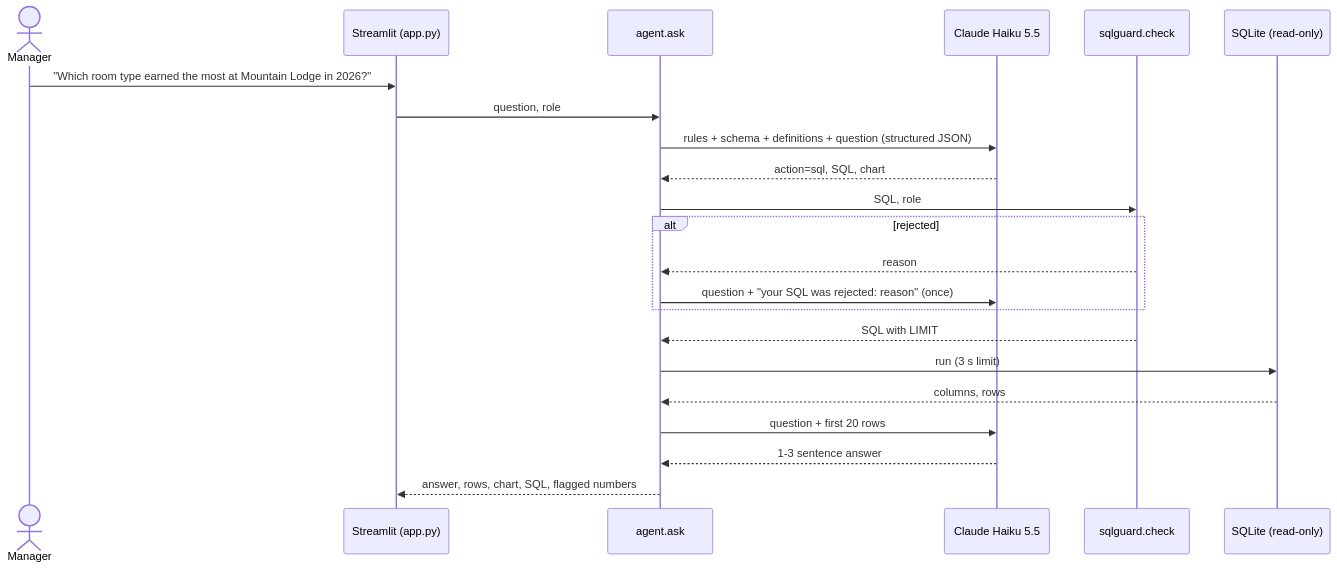
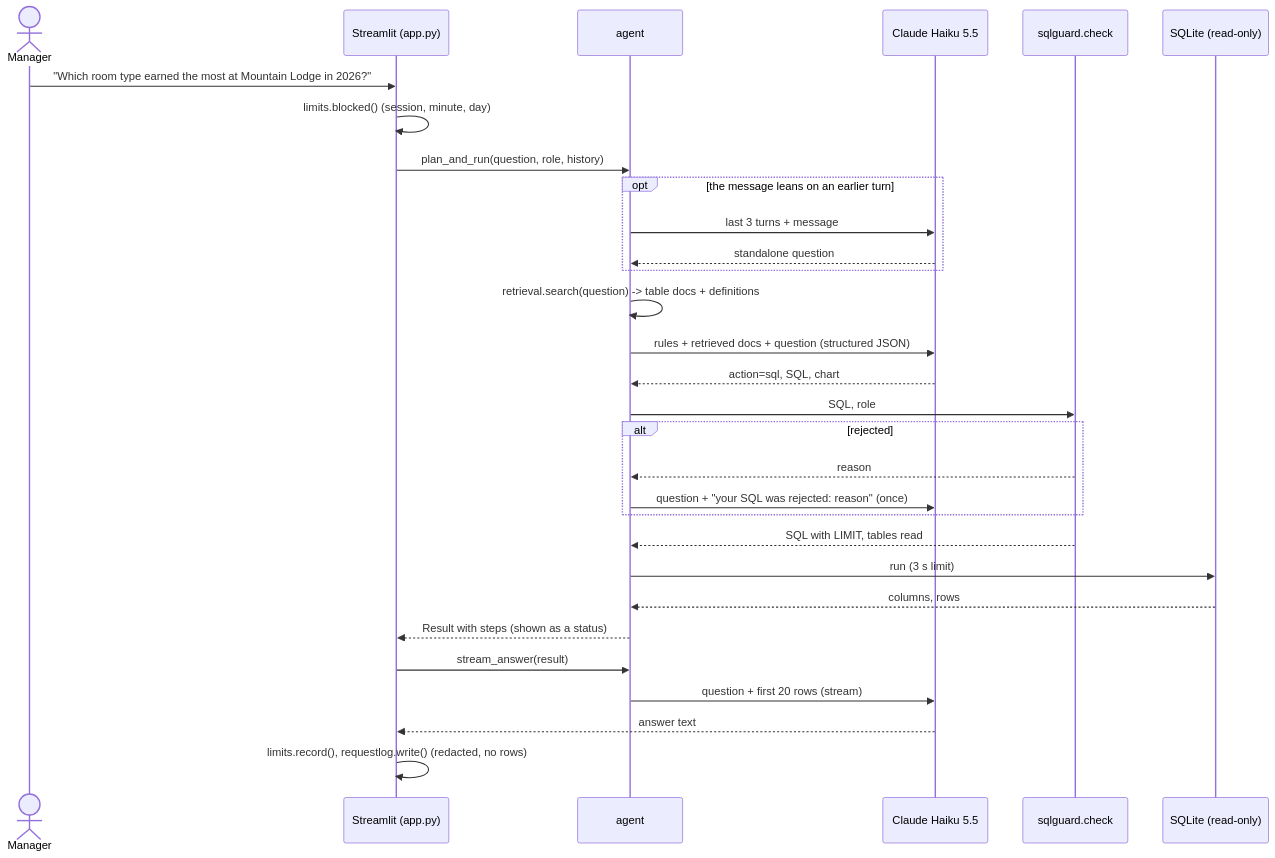
One commit to vamsialladev/hotel-ops-analytics-agent changed the second of 2 diagrams in docs/ARCHITECTURE.md. Above: the diagram before and after it, drawn with Mermaid. The commit also changed other lines of this file and 6 other files, not shown here.

Commit message:
docs: README, architecture, decisions 8-11, security, video script for v1.1.0

````diff
--- a/docs/ARCHITECTURE.md
+++ b/docs/ARCHITECTURE.md
@@ -5,24 +23,32 @@
 ```mermaid
 sequenceDiagram
     actor M as Manager
     participant UI as Streamlit (app.py)
-    participant A as agent.ask
+    participant A as agent
     participant L as Claude Haiku 5.5
     participant G as sqlguard.check
     participant D as SQLite (read-only)
     M->>UI: "Which room type earned the most at Mountain Lodge in 2026?"
-    UI->>A: question, role
-    A->>L: rules + schema + definitions + question (structured JSON)
+    UI->>UI: limits.blocked() (session, minute, day)
+    UI->>A: plan_and_run(question, role, history)
+    opt the message leans on an earlier turn
+        A->>L: last 3 turns + message
+        L-->>A: standalone question
+    end
+    A->>A: retrieval.search(question) -> table docs + definitions
+    A->>L: rules + retrieved docs + question (structured JSON)
     L-->>A: action=sql, SQL, chart
     A->>G: SQL, role
     alt rejected
         G-->>A: reason
         A->>L: question + "your SQL was rejected: reason" (once)
     end
-    G-->>A: SQL with LIMIT
+    G-->>A: SQL with LIMIT, tables read
     A->>D: run (3 s limit)
     D-->>A: columns, rows
-    A->>L: question + first 20 rows
-    L-->>A: 1-3 sentence answer
-    A-->>UI: answer, rows, chart, SQL, flagged numbers
+    A-->>UI: Result with steps (shown as a status)
+    UI->>A: stream_answer(result)
+    A->>L: question + first 20 rows (stream)
+    L-->>UI: answer text
+    UI->>UI: limits.record(), requestlog.write() (redacted, no rows)
 ```
````
